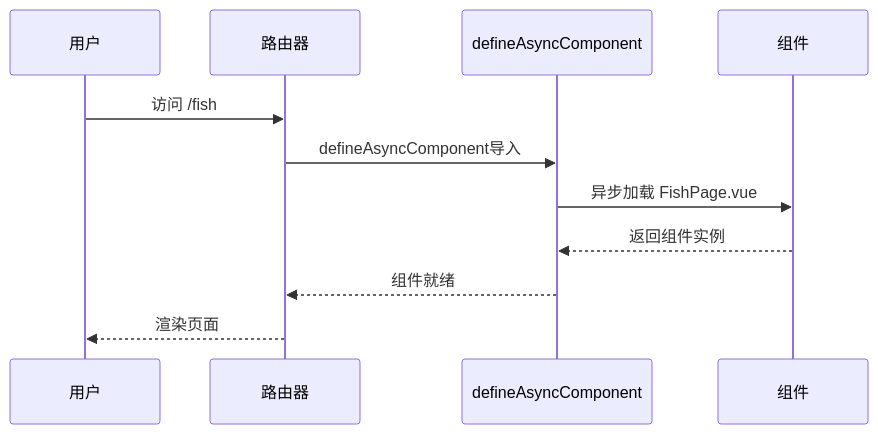
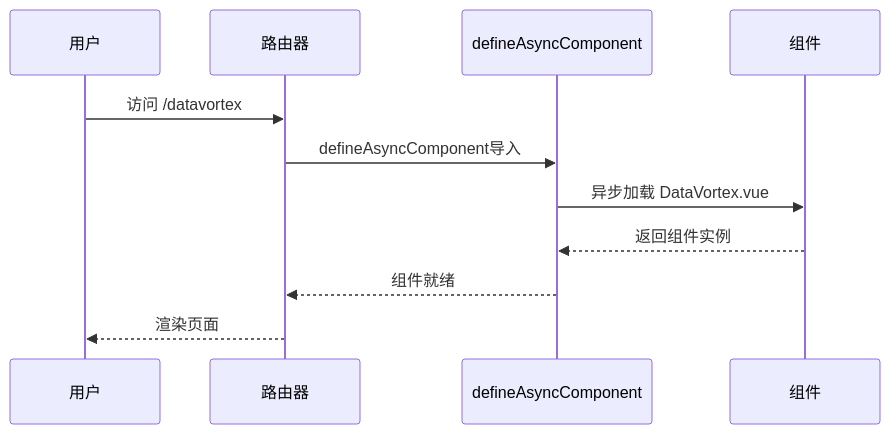
The second of 13 diagrams in .qoder/repowiki/zh/content/路由系统更新.md (yuyezhizhi/yuyezhizhi.github.io), drawn with Mermaid before and after one commit. The commit also changed other lines of this file and 14 other files, not shown here.

````diff
--- a/.qoder/repowiki/zh/content/路由系统更新.md
+++ b/.qoder/repowiki/zh/content/路由系统更新.md
@@ -115,13 +126,13 @@
 ```mermaid
 sequenceDiagram
 participant User as 用户
 participant Router as 路由器
 participant DefineAsync as defineAsyncComponent
 participant Component as 组件
-User->>Router : 访问 /fish
+User->>Router : 访问 /datavortex
 Router->>DefineAsync : defineAsyncComponent导入
-DefineAsync->>Component : 异步加载 FishPage.vue
+DefineAsync->>Component : 异步加载 DataVortex.vue
 Component-->>DefineAsync : 返回组件实例
 DefineAsync-->>Router : 组件就绪
 Router-->>User : 渲染页面
 ```
````
